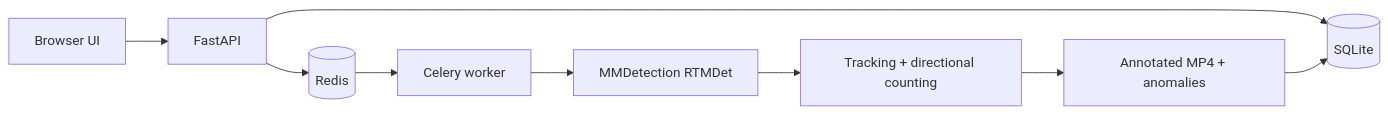
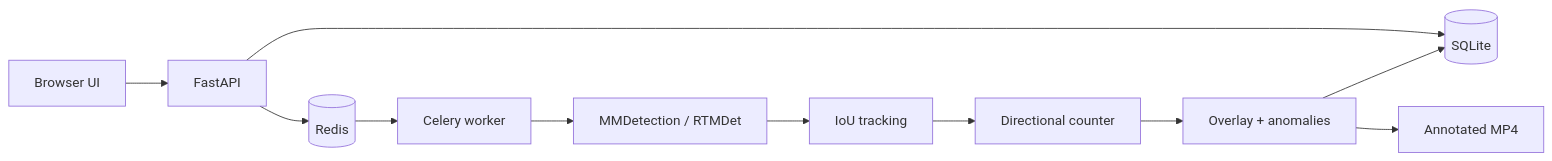
The first of 2 diagrams in README.md (antony502189-max/Model-MP4), drawn with Mermaid before and after one commit. The commit also changed other lines of this file, not shown here.

````diff
--- a/README.md
+++ b/README.md
@@ -74,11 +116,13 @@
 ```mermaid
 flowchart LR
-    UI[Browser UI] --> API[FastAPI]
-    API --> DB[(SQLite)]
-    API --> Q[(Redis)]
-    Q --> W[Celery worker]
-    W --> D[MMDetection RTMDet]
-    D --> T[Tracking + directional counting]
-    T --> R[Annotated MP4 + anomalies]
-    R --> DB
+    U[Browser UI] --> A[FastAPI]
+    A --> S[(SQLite)]
+    A --> R[(Redis)]
+    R --> C[Celery worker]
+    C --> M[MMDetection / RTMDet]
+    M --> T[IoU tracking]
+    T --> K[Directional counter]
+    K --> O[Overlay + anomalies]
+    O --> F[Annotated MP4]
+    O --> S
 ```
````
